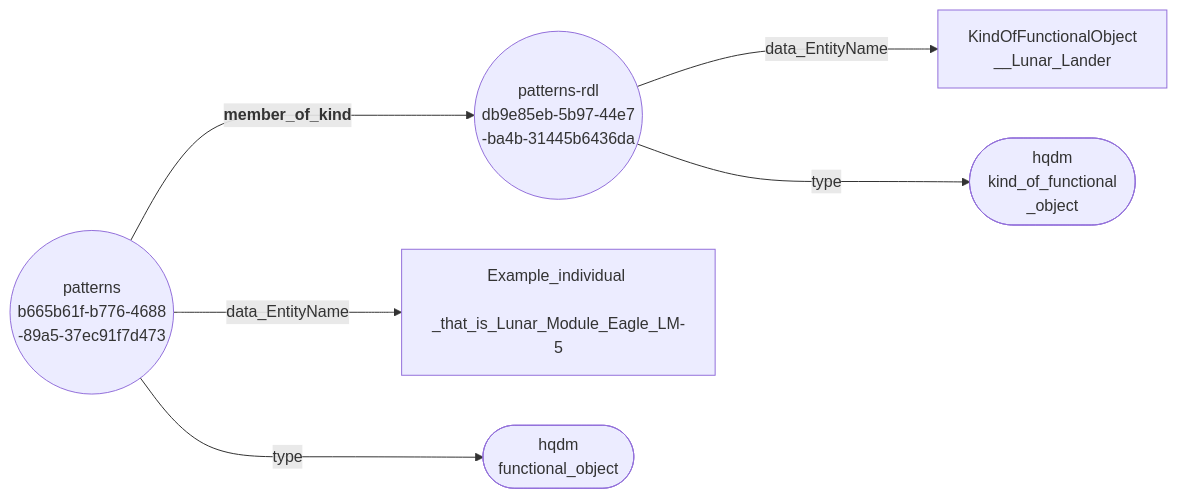
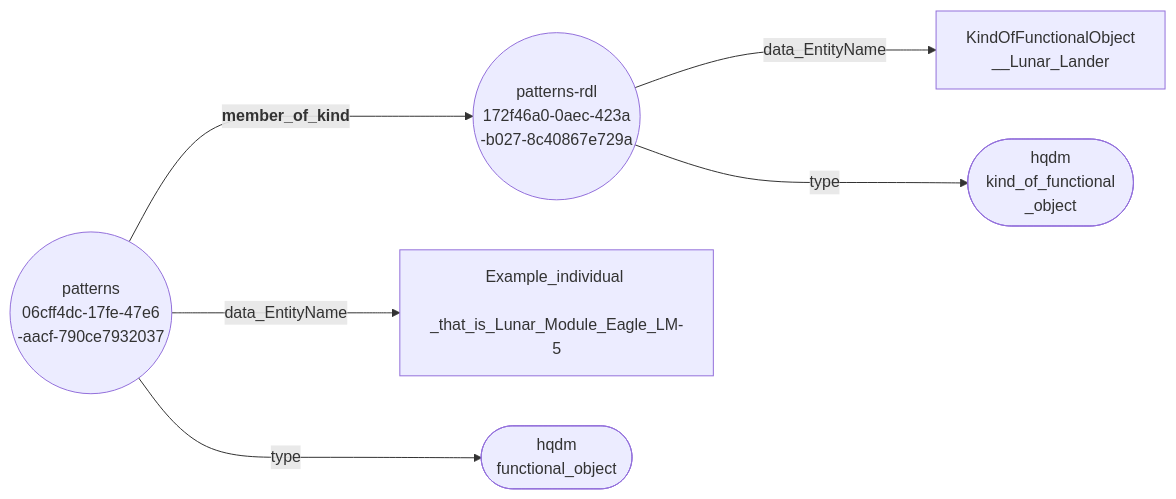
The diagram in docs/extras/example-files/member_of_kindNodeEdgeGraph.mermaid (ClimbingAl/HqdmPatterns), drawn with Mermaid before and after one commit. The commit also changed 32 other files, not shown here.

````diff
--- a/docs/extras/example-files/member_of_kindNodeEdgeGraph.mermaid
+++ b/docs/extras/example-files/member_of_kindNodeEdgeGraph.mermaid
@@ -1,8 +1,8 @@
 ``` mermaid
 graph LR
-  b665b61f-b776-4688-89a5-37ec91f7d473(("patterns <br> b665b61f-b776-4688 <br> -89a5-37ec91f7d473"))--->|"<b> member_of_kind"|db9e85eb-5b97-44e7-ba4b-31445b6436da(("patterns-rdl <br> db9e85eb-5b97-44e7 <br> -ba4b-31445b6436da"));
-  b665b61f-b776-4688-89a5-37ec91f7d473(("patterns <br> b665b61f-b776-4688 <br> -89a5-37ec91f7d473"))--->|"data_EntityName"|Example_individual_that_is_Lunar_Module_Eagle_LM-5["Example_individual <br> _that_is_Lunar_Module_Eagle_LM-5"];
-  b665b61f-b776-4688-89a5-37ec91f7d473(("patterns <br> b665b61f-b776-4688 <br> -89a5-37ec91f7d473"))--->|"type"|functional_object(["hqdm <br> functional_object"]);
-  db9e85eb-5b97-44e7-ba4b-31445b6436da(("patterns-rdl <br> db9e85eb-5b97-44e7 <br> -ba4b-31445b6436da"))--->|"data_EntityName"|KindOfFunctionalObject__Lunar_Lander["KindOfFunctionalObject <br> __Lunar_Lander"];
-  db9e85eb-5b97-44e7-ba4b-31445b6436da(("patterns-rdl <br> db9e85eb-5b97-44e7 <br> -ba4b-31445b6436da"))--->|"type"|kind_of_functional_object(["hqdm <br> kind_of_functional <br> _object"]);
+  06cff4dc-17fe-47e6-aacf-790ce7932037(("patterns <br> 06cff4dc-17fe-47e6 <br> -aacf-790ce7932037"))--->|"<b> member_of_kind"|172f46a0-0aec-423a-b027-8c40867e729a(("patterns-rdl <br> 172f46a0-0aec-423a <br> -b027-8c40867e729a"));
+  06cff4dc-17fe-47e6-aacf-790ce7932037(("patterns <br> 06cff4dc-17fe-47e6 <br> -aacf-790ce7932037"))--->|"data_EntityName"|Example_individual_that_is_Lunar_Module_Eagle_LM-5["Example_individual <br> _that_is_Lunar_Module_Eagle_LM-5"];
+  06cff4dc-17fe-47e6-aacf-790ce7932037(("patterns <br> 06cff4dc-17fe-47e6 <br> -aacf-790ce7932037"))--->|"type"|functional_object(["hqdm <br> functional_object"]);
+  172f46a0-0aec-423a-b027-8c40867e729a(("patterns-rdl <br> 172f46a0-0aec-423a <br> -b027-8c40867e729a"))--->|"data_EntityName"|KindOfFunctionalObject__Lunar_Lander["KindOfFunctionalObject <br> __Lunar_Lander"];
+  172f46a0-0aec-423a-b027-8c40867e729a(("patterns-rdl <br> 172f46a0-0aec-423a <br> -b027-8c40867e729a"))--->|"type"|kind_of_functional_object(["hqdm <br> kind_of_functional <br> _object"]);
 ```
````
